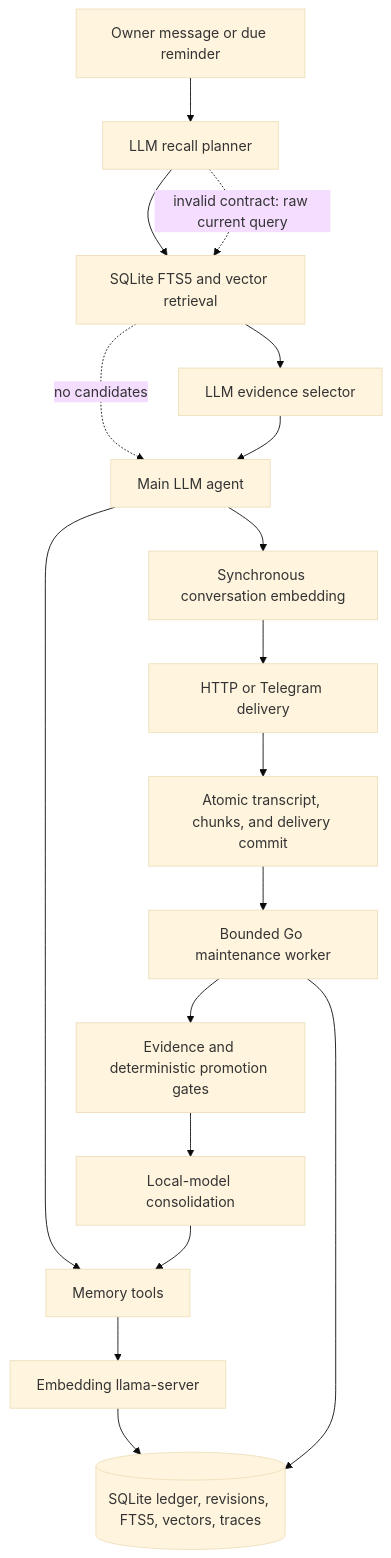
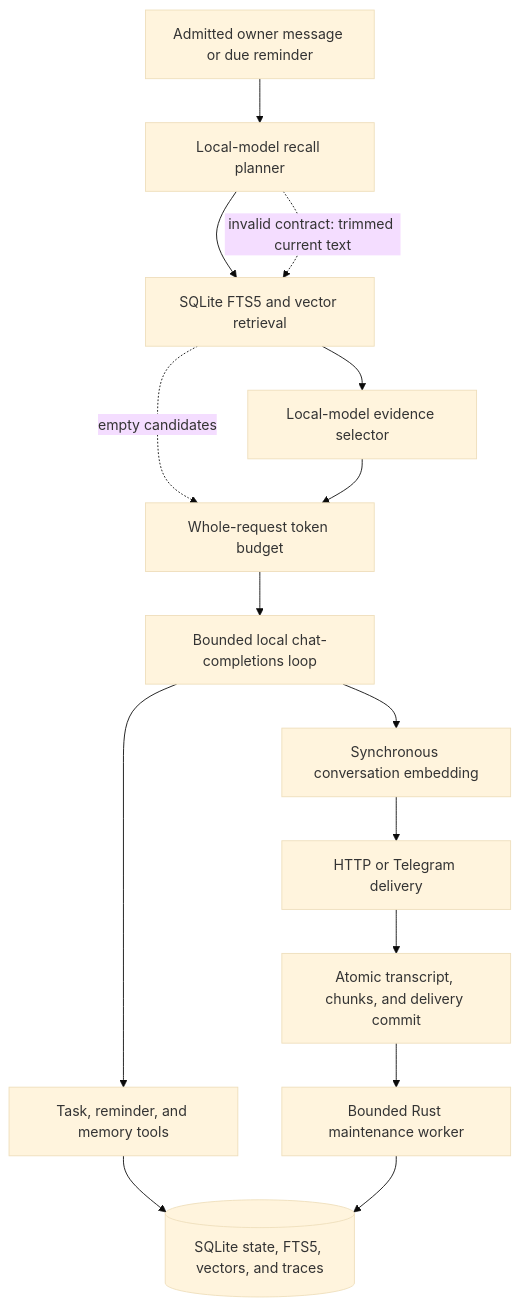
One commit to hbina/openclaw changed the diagram in docs/architecture.md. Above: the diagram before and after it, drawn with Mermaid (base theme). The commit also changed other lines of this file and 13 other files, not shown here.

````diff
--- a/docs/architecture.md
+++ b/docs/architecture.md
@@ -8,20 +8,17 @@
 ```mermaid
 flowchart TD
-    INPUT[Owner message or due reminder] --> PLAN[LLM recall planner]
+    INPUT[Admitted owner message or due reminder] --> PLAN[Local-model recall planner]
     PLAN --> RETRIEVE[SQLite FTS5 and vector retrieval]
-    PLAN -. invalid contract: raw current query .-> RETRIEVE
-    RETRIEVE --> RERANK[LLM evidence selector]
-    RETRIEVE -. no candidates .-> AGENT
-    RERANK --> AGENT[Main LLM agent]
+    PLAN -. invalid contract: trimmed current text .-> RETRIEVE
+    RETRIEVE --> SELECT[Local-model evidence selector]
+    RETRIEVE -. empty candidates .-> BUDGET
+    SELECT --> BUDGET[Whole-request token budget]
+    BUDGET --> AGENT[Bounded local chat-completions loop]
     AGENT --> INDEX[Synchronous conversation embedding]
     INDEX --> DELIVER[HTTP or Telegram delivery]
     DELIVER --> COMMIT[Atomic transcript, chunks, and delivery commit]
-    AGENT --> MEMORY[Memory tools]
-    MEMORY --> EMBED[Embedding llama-server]
-    EMBED --> SQLITE[(SQLite ledger, revisions, FTS5, vectors, traces)]
-    COMMIT --> MAINTAIN[Bounded Go maintenance worker]
-    MAINTAIN --> GATE[Evidence and deterministic promotion gates]
-    GATE --> CONSOLIDATE[Local-model consolidation]
-    CONSOLIDATE --> MEMORY
+    AGENT --> TOOLS[Task, reminder, and memory tools]
+    TOOLS --> SQLITE[(SQLite state, FTS5, vectors, and traces)]
+    COMMIT --> MAINTAIN[Bounded Rust maintenance worker]
     MAINTAIN --> SQLITE
 ```
````
